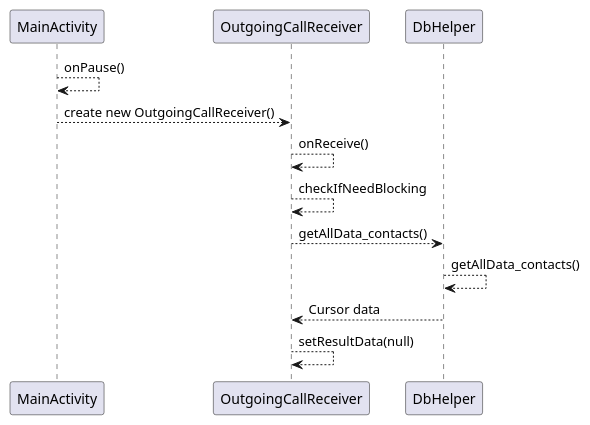
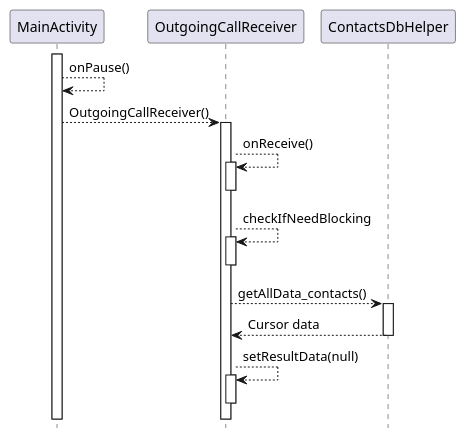
One commit to Kayu/COEN390 changed the diagram in app/src/main/java/Diagrams/Block Call Sequence Diagram.puml. Above: the diagram before and after it, drawn with PlantUML. The commit also changed 10 other files, not shown here.

Commit message:
added diagrams

```diff
--- a/app/src/main/java/Diagrams/Block Call Sequence Diagram.puml
+++ b/app/src/main/java/Diagrams/Block Call Sequence Diagram.puml
@@ -1,10 +1,20 @@
 @startuml
+activate MainActivity
 MainActivity-->MainActivity:onPause()
-MainActivity-->OutgoingCallReceiver:create new OutgoingCallReceiver()
+MainActivity-->OutgoingCallReceiver:OutgoingCallReceiver()
+activate OutgoingCallReceiver
 OutgoingCallReceiver-->OutgoingCallReceiver:onReceive()
+activate OutgoingCallReceiver
+deactivate OutgoingCallReceiver
 OutgoingCallReceiver-->OutgoingCallReceiver:checkIfNeedBlocking
-OutgoingCallReceiver-->DbHelper:getAllData_contacts()
-DbHelper-->DbHelper:getAllData_contacts()
-DbHelper-->OutgoingCallReceiver:Cursor data
+activate OutgoingCallReceiver
+deactivate OutgoingCallReceiver
+OutgoingCallReceiver-->ContactsDbHelper:getAllData_contacts()
+activate ContactsDbHelper
+ContactsDbHelper-->OutgoingCallReceiver:Cursor data
+deactivate ContactsDbHelper
 OutgoingCallReceiver-->OutgoingCallReceiver:setResultData(null)
+activate OutgoingCallReceiver
+deactivate OutgoingCallReceiver
+hide footbox
 @enduml
```
